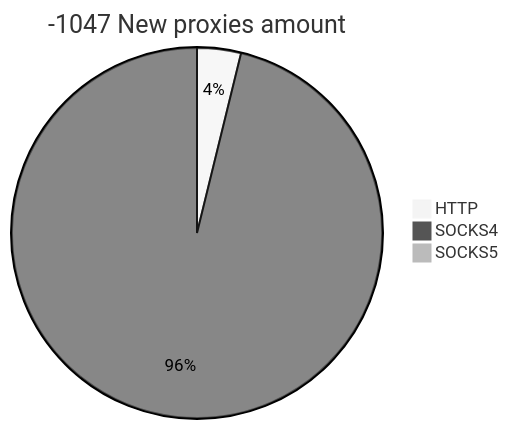
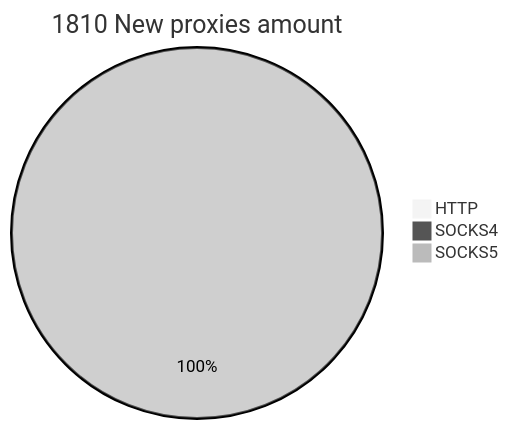
One commit to cutipu/proxylist changed the second of 2 diagrams in README.md. Above: the diagram before and after it, drawn with Mermaid (neutral theme). The commit also changed other lines of this file, not shown here.

````diff
--- a/README.md
+++ b/README.md
@@ -10,6 +10,6 @@
 ```mermaid
-pie title -1047 New proxies amount
-    "HTTP" : 27
-    "SOCKS4" : 678
-    "SOCKS5" : 0
+pie title 1810 New proxies amount
+    "HTTP" : 0
+    "SOCKS4" : 0
+    "SOCKS5" : 1831
 ```
````
